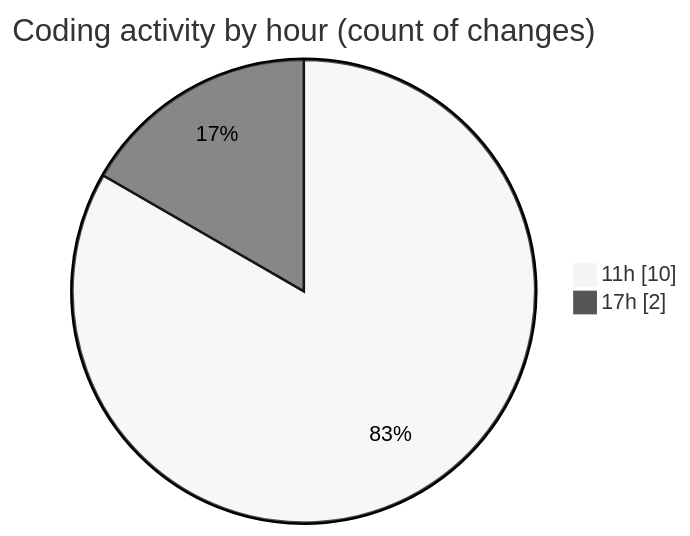
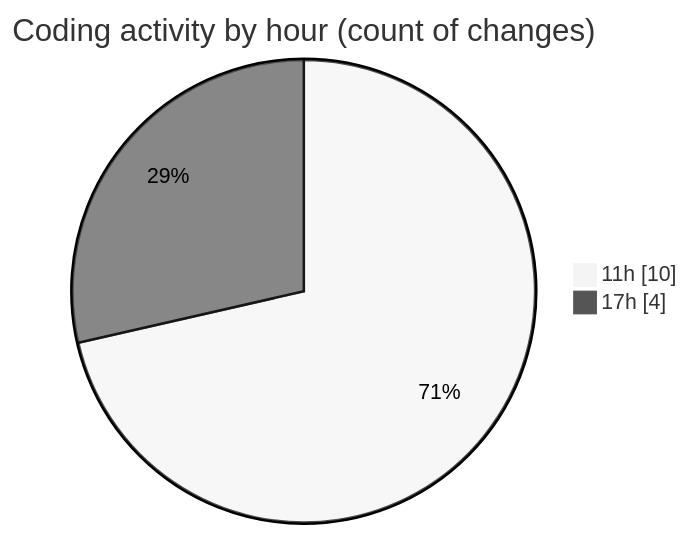
Before and after one commit to shibass792/code-tracking: the second of 2 diagrams in 2026-07-16/panel/README.md, drawn with Mermaid (neutral theme). The commit also changed other lines of this file and 1 other file, not shown here.

````diff
--- a/2026-07-16/panel/README.md
+++ b/2026-07-16/panel/README.md
@@ -28,6 +28,6 @@
 ```mermaid
 pie showData
 title Coding activity by hour (count of changes)
 "11h" : 10
-"17h" : 2
+"17h" : 4
 ```
````
